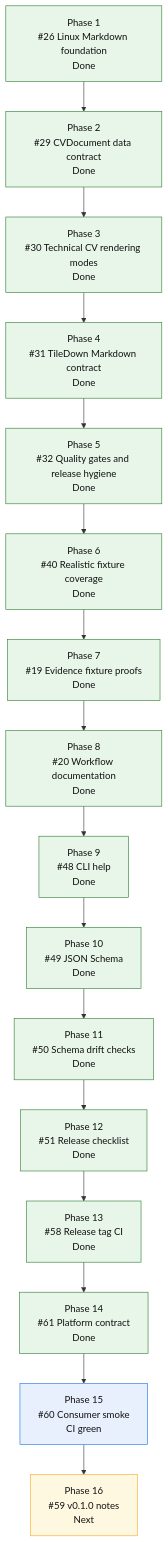
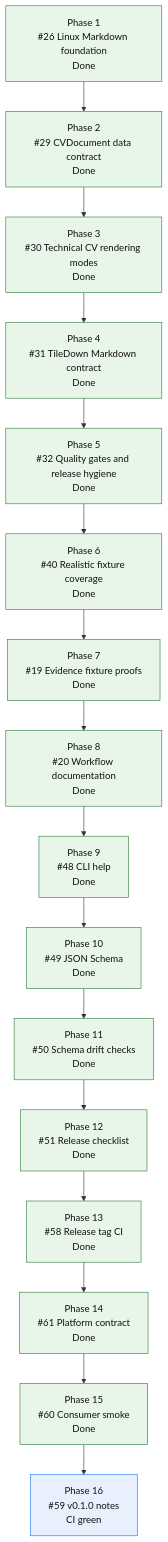
Before and after one commit to mihaelamj/cvbuilder: the diagram in README.md, drawn with Mermaid. The commit also changed other lines of this file and 4 other files, not shown here.

````diff
--- a/README.md
+++ b/README.md
@@ -167,32 +167,31 @@
 ```mermaid
 flowchart TD
     P1["Phase 1<br/>#26 Linux Markdown foundation<br/>Done"]
     P2["Phase 2<br/>#29 CVDocument data contract<br/>Done"]
     P3["Phase 3<br/>#30 Technical CV rendering modes<br/>Done"]
     P4["Phase 4<br/>#31 TileDown Markdown contract<br/>Done"]
     P5["Phase 5<br/>#32 Quality gates and release hygiene<br/>Done"]
     P6["Phase 6<br/>#40 Realistic fixture coverage<br/>Done"]
     P7["Phase 7<br/>#19 Evidence fixture proofs<br/>Done"]
     P8["Phase 8<br/>#20 Workflow documentation<br/>Done"]
     P9["Phase 9<br/>#48 CLI help<br/>Done"]
     P10["Phase 10<br/>#49 JSON Schema<br/>Done"]
     P11["Phase 11<br/>#50 Schema drift checks<br/>Done"]
     P12["Phase 12<br/>#51 Release checklist<br/>Done"]
     P13["Phase 13<br/>#58 Release tag CI<br/>Done"]
     P14["Phase 14<br/>#61 Platform contract<br/>Done"]
-    P15["Phase 15<br/>#60 Consumer smoke<br/>CI green"]
-    P16["Phase 16<br/>#59 v0.1.0 notes<br/>Next"]
+    P15["Phase 15<br/>#60 Consumer smoke<br/>Done"]
+    P16["Phase 16<br/>#59 v0.1.0 notes<br/>CI green"]
 
     P1 --> P2 --> P3 --> P4 --> P5 --> P6 --> P7 --> P8 --> P9 --> P10 --> P11 --> P12 --> P13 --> P14 --> P15 --> P16
 
     classDef done fill:#e8f5e9,stroke:#2e7d32,color:#111;
     classDef active fill:#fff3e0,stroke:#ef6c00,color:#111;
     classDef review fill:#e8f0fe,stroke:#1a73e8,color:#111;
     classDef next fill:#fff8e1,stroke:#f9a825,color:#111;
     classDef partial fill:#e0f7fa,stroke:#00838f,color:#111;
     classDef todo fill:#eef3ff,stroke:#3367d6,color:#111;
     class P1,P2,P3,P4 done;
-    class P5,P6,P7,P8,P9,P10,P11,P12,P13,P14 done;
-    class P15 review;
-    class P16 next;
+    class P5,P6,P7,P8,P9,P10,P11,P12,P13,P14,P15 done;
+    class P16 review;
 ```
````
